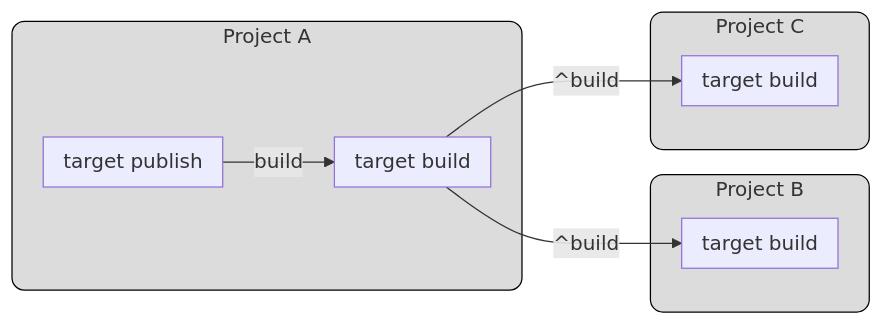
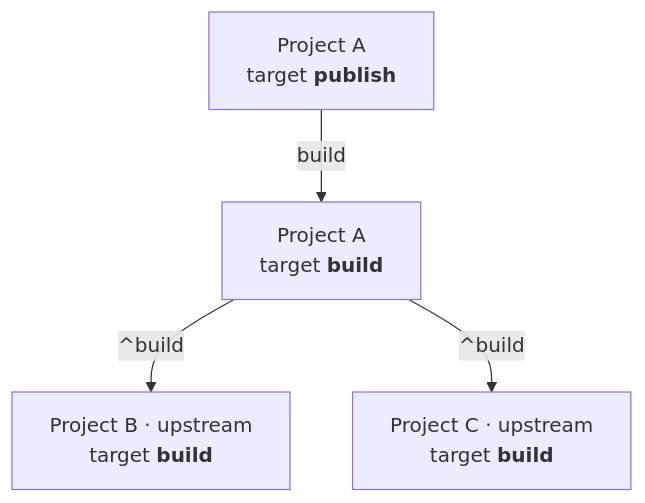
Before and after one commit to MagnusOpera/terrabuild: the diagram in website/site-docs/workspace/target.md, drawn with Mermaid. The commit also changed 12 other files, not shown here.

````diff
--- a/website/site-docs/workspace/target.md
+++ b/website/site-docs/workspace/target.md
@@ -36,43 +36,15 @@
 ```mermaid
-flowchart LR
-  classDef default fill:moccasin,stroke:black
-  classDef project fill:gainsboro,stroke:black,rx:10,ry:10
-  classDef build fill:palegreen,stroke:black,rx:20,ry:20
-  classDef publish fill:skyblue,stroke:black,rx:20,ry:20
-  classDef target fill:white,stroke-width:2px,stroke-dasharray: 5 2
+flowchart TB
+  targetPublishA["Project A<br/>target <b>publish</b>"]
+  targetBuildA["Project A<br/>target <b>build</b>"]
+  targetBuildB["Project B · upstream<br/>target <b>build</b>"]
+  targetBuildC["Project C · upstream<br/>target <b>build</b>"]
 
-  subgraph A["Project A"]
-    subgraph targetBuildA["target build"]
-      direction LR
-    end
+  targetPublishA -->|build| targetBuildA
+  targetBuildA -->|^build| targetBuildB
+  targetBuildA -->|^build| targetBuildC
 
-    subgraph targetPublishA["target publish"]
-      direction LR
-    end
-
-    class targetBuildA build
-    class targetPublishA build
-  end
-
-  subgraph B["Project B"]
-    subgraph targetBuildB["target build"]
-      direction LR
-    end
-
-    class targetBuildB build
-  end
-
-  subgraph C["Project C"]
-    subgraph targetBuildC["target build"]
-      direction LR
-    end
-
-    class targetBuildC build
-  end
-
-  targetBuildA -- ^build --> targetBuildB
-  targetBuildA -- ^build --> targetBuildC
-  targetPublishA -- build --> targetBuildA
-  
-  class A,B,C project
+  class targetPublishA tb-primary
+  class targetBuildA tb-secondary
+  class targetBuildB,targetBuildC tb-muted
 ```
````
